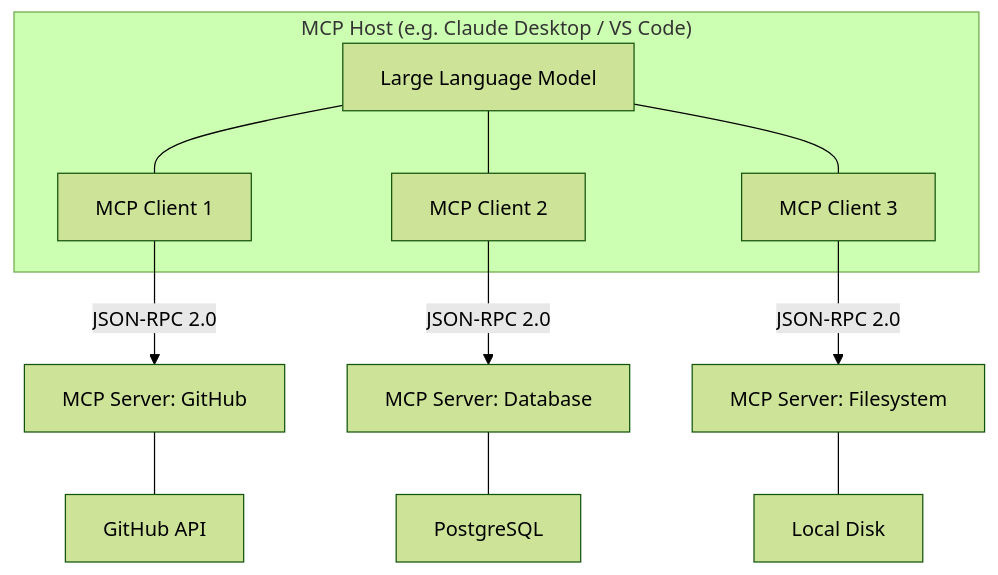
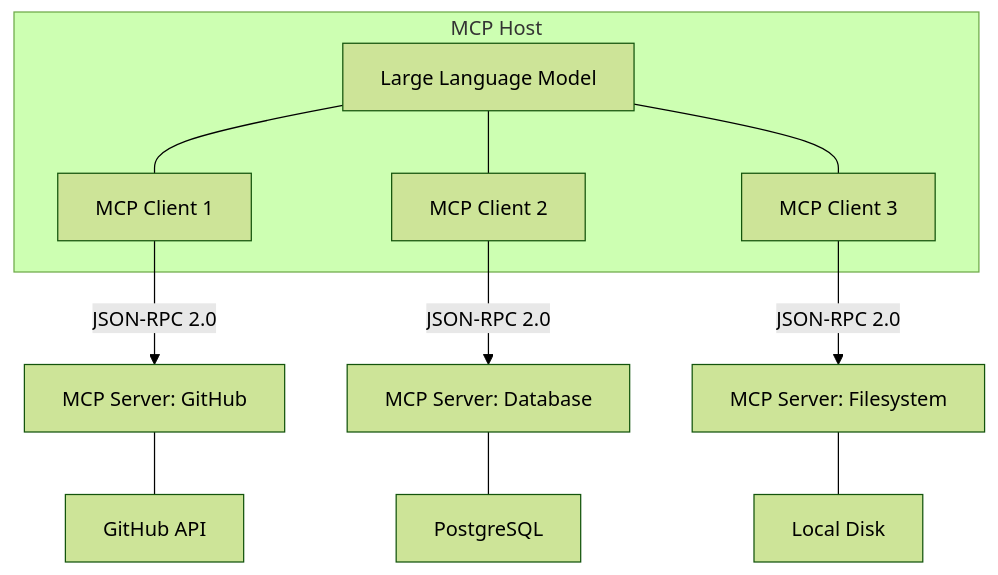
One commit to ifnodoraemon/ifnodoraemon.github.io changed the third of 7 diagrams in content/en/articles/mcp-guide.en.md. Above: the diagram before and after it, drawn with Mermaid (forest theme). The commit also changed other lines of this file and 1 other file, not shown here.

First line of the commit message:
fix(articles): replace Mermaid & syntax with explicit connections

````diff
--- a/content/en/articles/mcp-guide.en.md
+++ b/content/en/articles/mcp-guide.en.md
@@ -44,16 +52,18 @@
 ```mermaid
 graph TB
-    subgraph Host["MCP Host (e.g. Claude Desktop / VS Code)"]
+    subgraph Host["MCP Host"]
         LLM["Large Language Model"]
         C1["MCP Client 1"]
         C2["MCP Client 2"]
         C3["MCP Client 3"]
-        LLM --- C1 & C2 & C3
+        LLM --- C1
+        LLM --- C2
+        LLM --- C3
     end
     C1 -- "JSON-RPC 2.0" --> S1["MCP Server: GitHub"]
     C2 -- "JSON-RPC 2.0" --> S2["MCP Server: Database"]
     C3 -- "JSON-RPC 2.0" --> S3["MCP Server: Filesystem"]
     S1 --- R1["GitHub API"]
     S2 --- R2["PostgreSQL"]
     S3 --- R3["Local Disk"]
 ```
````
